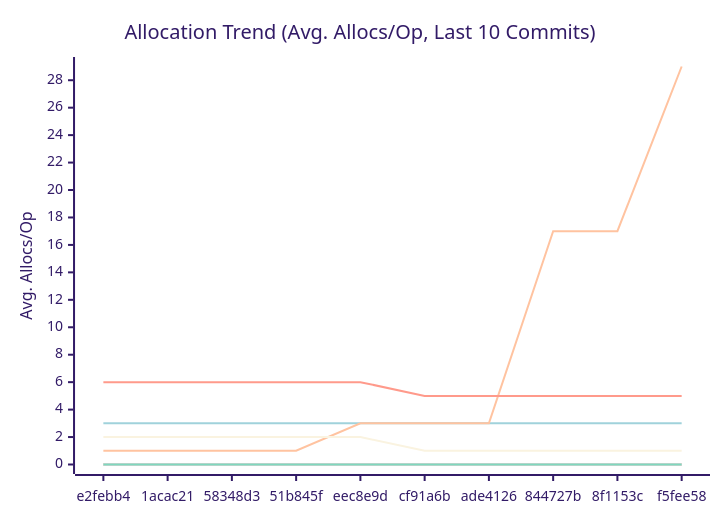
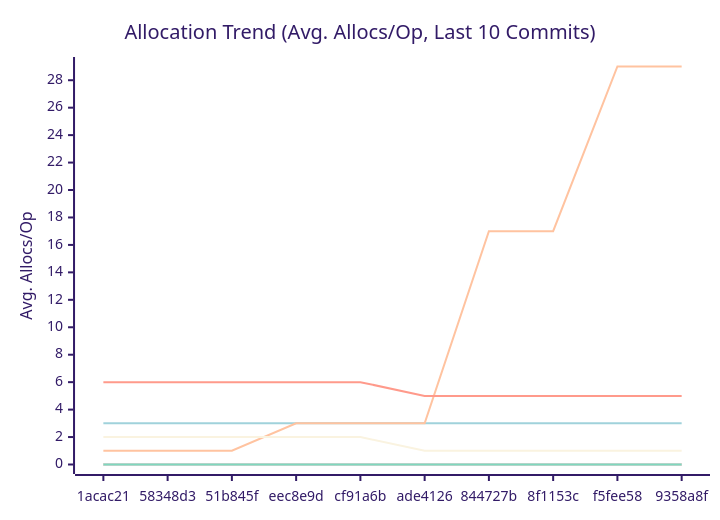
Before and after one commit to alsotoes/momo: the third of 3 diagrams in docs/PERFORMANCE.md, drawn with Mermaid (forest theme). The commit also changed other lines of this file and 7 other files, not shown here.

````diff
--- a/docs/PERFORMANCE.md
+++ b/docs/PERFORMANCE.md
@@ -116,16 +114,16 @@
 ```mermaid
 xychart-beta
     title "Allocation Trend (Avg. Allocs/Op, Last 10 Commits)"
     x-axis "Commit"
     y-axis "Avg. Allocs/Op"
-    x-axis [e2febb4,1acac21,58348d3,51b845f,eec8e9d,cf91a6b,ade4126,844727b,8f1153c,f5fee58]
+    x-axis [1acac21,58348d3,51b845f,eec8e9d,cf91a6b,ade4126,844727b,8f1153c,f5fee58,9358a8f]
     line "CheckMetricsAndSwap" [0,0,0,0,0,0,0,0,0,0]
     line "CrushOptimized" [0,0,0,0,0,0,0,0,0,0]
     line "CrushOriginal" [3,3,3,3,3,3,3,3,3,3]
     line "IndexDirectTracking" [0,0,0,0,0,0,0,0,0,0]
     line "IndexSearch" [0,0,0,0,0,0,0,0,0,0]
-    line "LoadGlobalConfig" [1,1,1,1,3,3,3,17,17,29]
+    line "LoadGlobalConfig" [1,1,1,3,3,3,17,17,29,29]
     line "PadString" [0,0,0,0,0,0,0,0,0,0]
     line "ParseReplicationOrder_NoPrealloc" [6,6,6,6,6,5,5,5,5,5]
     line "ParseReplicationOrder_Prealloc" [2,2,2,2,2,1,1,1,1,1]
 ```
````
